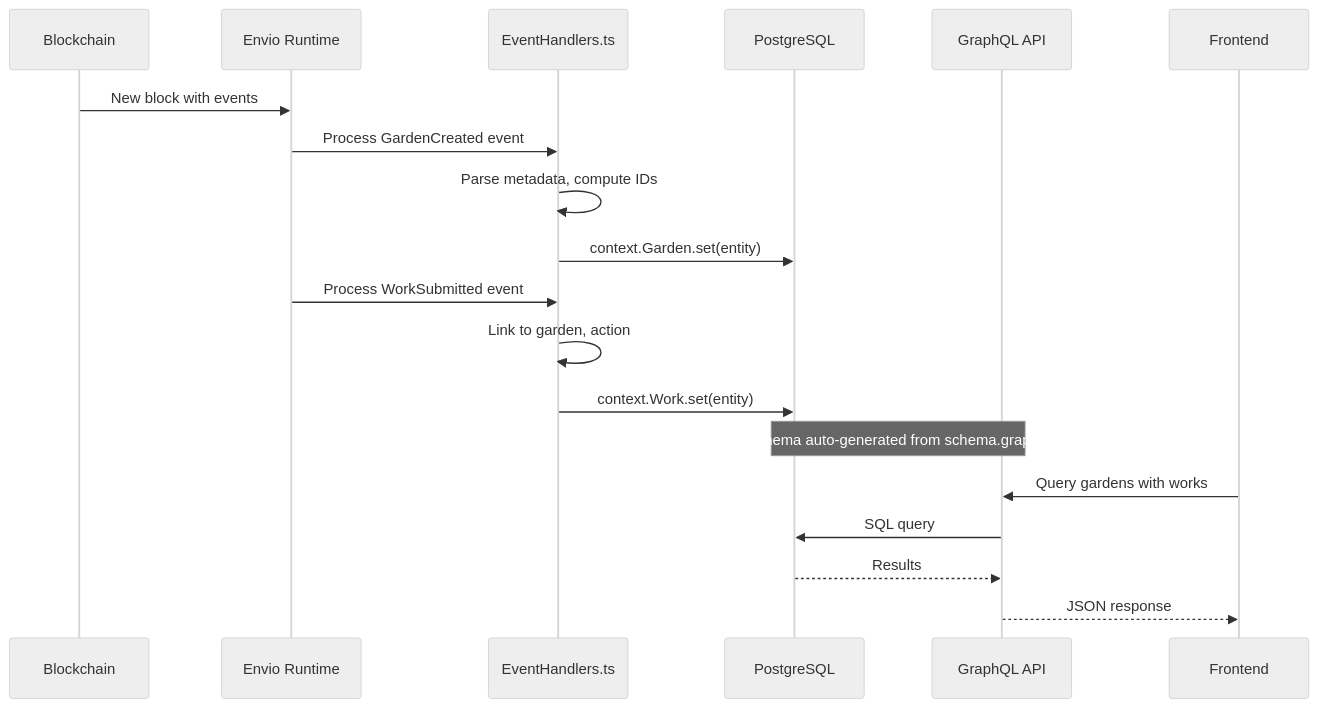
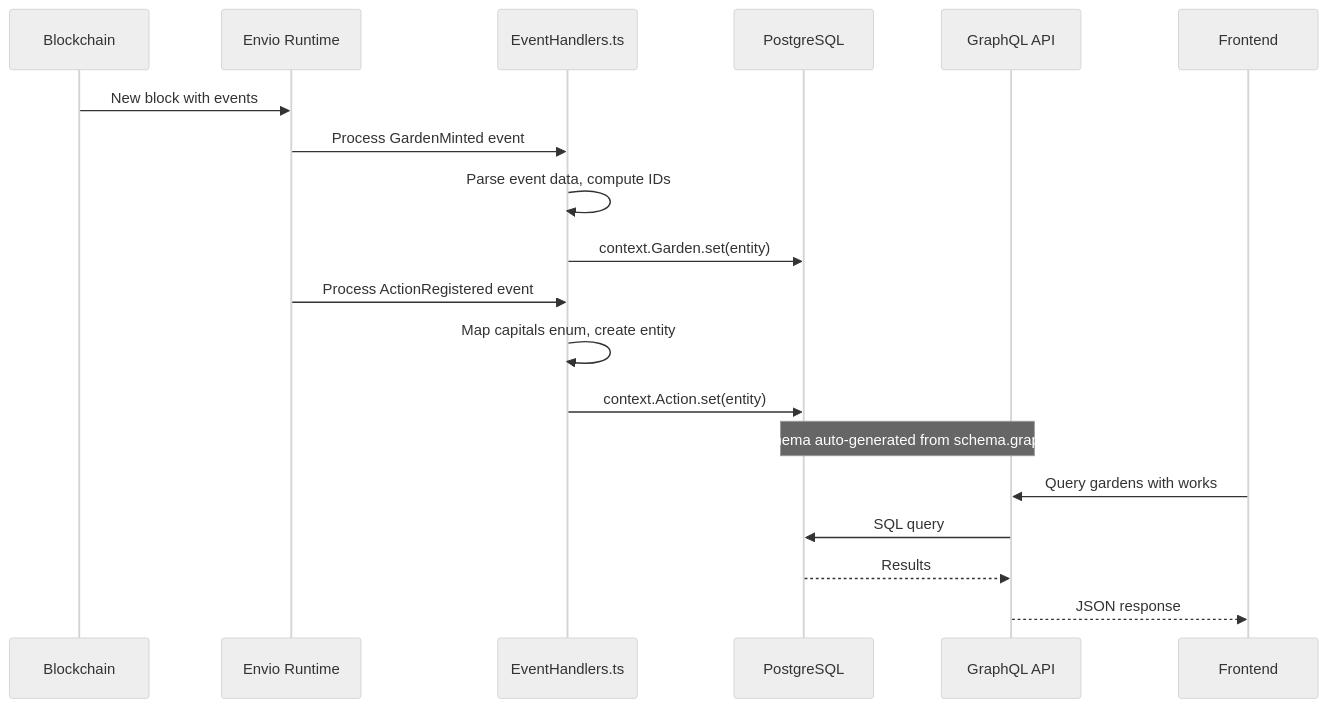
The eighth of 10 diagrams in docs/docs/developer/architecture/diagrams.md (greenpill-dev-guild/green-goods), drawn with Mermaid (neutral theme) before and after one commit. The commit also changed other lines of this file and 58 other files, not shown here.

````diff
--- a/docs/docs/developer/architecture/diagrams.md
+++ b/docs/docs/developer/architecture/diagrams.md
@@ -270,25 +269,25 @@
 ```mermaid
 sequenceDiagram
   participant Chain as Blockchain
   participant ENV as Envio Runtime
   participant EH as EventHandlers.ts
   participant DB as PostgreSQL
   participant GQL as GraphQL API
   participant FE as Frontend
 
   Chain->>ENV: New block with events
-  ENV->>EH: Process GardenCreated event
-  EH->>EH: Parse metadata, compute IDs
+  ENV->>EH: Process GardenMinted event
+  EH->>EH: Parse event data, compute IDs
   EH->>DB: context.Garden.set(entity)
   
-  ENV->>EH: Process WorkSubmitted event
-  EH->>EH: Link to garden, action
-  EH->>DB: context.Work.set(entity)
+  ENV->>EH: Process ActionRegistered event
+  EH->>EH: Map capitals enum, create entity
+  EH->>DB: context.Action.set(entity)
   
   Note over DB,GQL: Schema auto-generated from schema.graphql
   
   FE->>GQL: Query gardens with works
   GQL->>DB: SQL query
   DB-->>GQL: Results
   GQL-->>FE: JSON response
 ```
````
